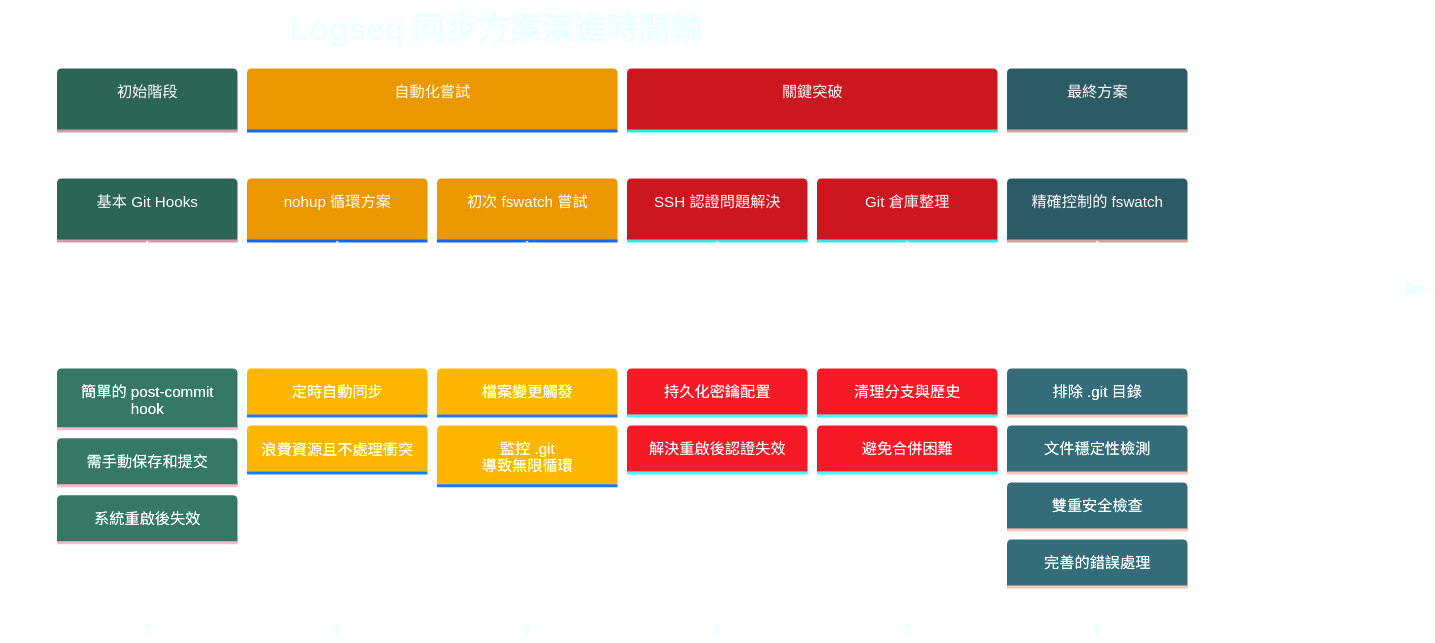
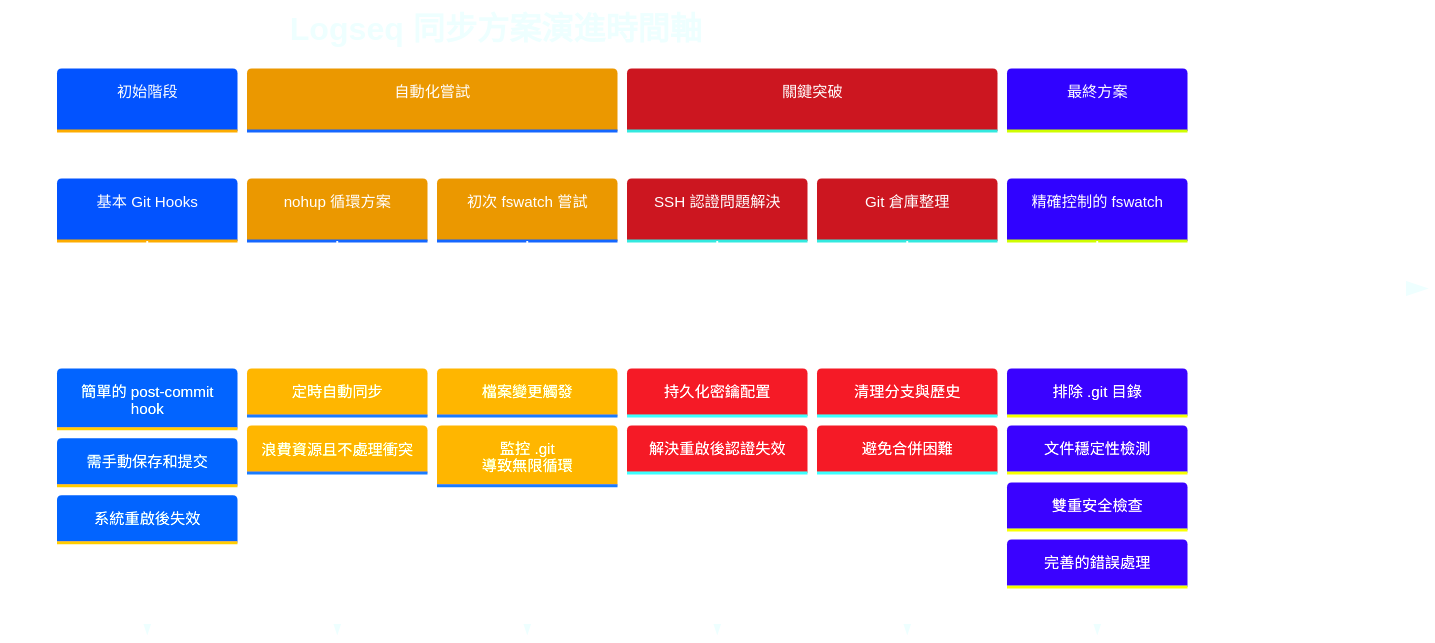
One commit to GengGeng026/Sync-Logseq changed the first of 2 diagrams in Logseq同步方案演進記錄.md. Above: the diagram before and after it, drawn with Mermaid.

Commit message:
Auto-sync: Wed Mar 26 08:26:33 +08 2025

````diff
--- a/Logseq同步方案演進記錄.md
+++ b/Logseq同步方案演進記錄.md
@@ -27,44 +27,44 @@
 ```mermaid
 %%{init: {
   'theme': 'base', 
   'themeVariables': {
-    'primaryColor': '#59B79A',
+    'primaryColor': '#82AAFF',
     'primaryTextColor': '#FFFFFF',
     'primaryBorderColor': '#59B79A',
     'lineColor': '#C792EA',
     'secondaryColor': '#FFCB6B',
     'tertiaryColor': '#F07178',
     'background': 'transparent',
     'textColor': '#EEFFFF',
     'nodeBorder': '#59B79A',
     'clusterBkg': 'transparent',
     'titleColor': '#EEFFFF',
     'sectionBkgColor': '#273747',
     'sectionBkgColor2': '#334455',
     'sectionBkgColor3': '#3A4A5A',
     'sectionBkgColor4': '#42546A',
     'sectionBkgColor5': '#4B5E78'
   }
 }}%%
 timeline
     title Logseq 同步方案演進時間軸
     section 初始階段
         基本 Git Hooks : 簡單的 post-commit hook
         : 需手動保存和提交
         : 系統重啟後失效
     section 自動化嘗試
         nohup 循環方案 : 定時自動同步
         : 浪費資源且不處理衝突
         初次 fswatch 嘗試 : 檔案變更觸發
         : 監控 .git 導致無限循環
     section 關鍵突破
         SSH 認證問題解決 : 持久化密鑰配置
         : 解決重啟後認證失效
         Git 倉庫整理 : 清理分支與歷史
         : 避免合併困難
     section 最終方案
         精確控制的 fswatch : 排除 .git 目錄
         : 文件穩定性檢測
         : 雙重安全檢查
         : 完善的錯誤處理
 ```
````
